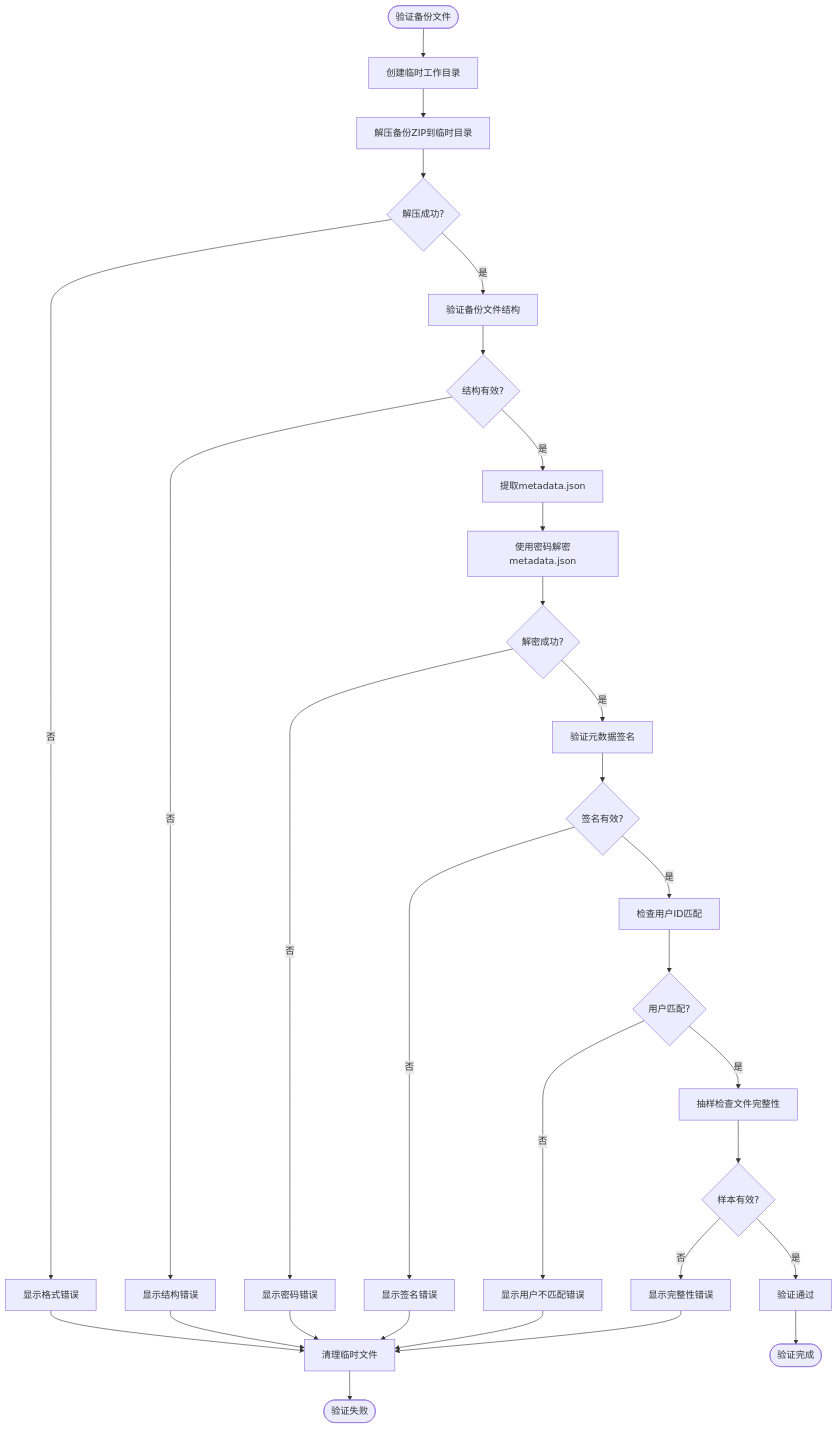
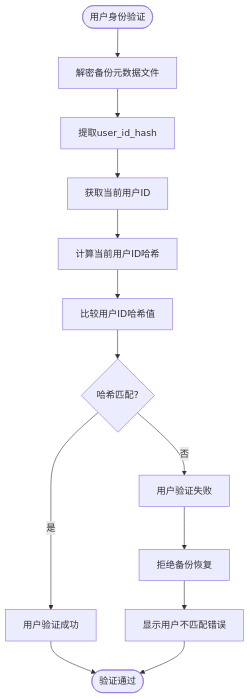
Before and after one commit to yingjianzh/iodraw-files: the diagram in all/未命名-53.md, drawn with Mermaid.

Commit message:
2025-05-09 16:43:49 update

````diff
--- a/all/未命名-53.md
+++ b/all/未命名-53.md
@@ -1,41 +1,19 @@
 ```mermaid
 flowchart TD
-    Start([验证备份文件]) --> CreateTempDir[创建临时工作目录]
-    CreateTempDir --> ExtractZip[解压备份ZIP到临时目录]
+    Start([用户身份验证]) --> DecryptMetadata[解密备份元数据文件]
+    DecryptMetadata --> ExtractUserHash[提取user_id_hash]
+    ExtractUserHash --> GetCurrentUser[获取当前用户ID]
     
-    ExtractZip --> ExtractSuccess{解压成功?}
-    ExtractSuccess -->|否| ShowFormatError[显示格式错误]
-    ExtractSuccess -->|是| ValidateStructure[验证备份文件结构]
+    GetCurrentUser --> HashCurrentUser[计算当前用户ID哈希]
+    HashCurrentUser --> CompareHashes[比较用户ID哈希值]
     
-    ValidateStructure --> StructureValid{结构有效?}
-    StructureValid -->|否| ShowStructureError[显示结构错误]
-    StructureValid -->|是| ExtractMetadata[提取metadata.json]
+    CompareHashes --> HashMatch{哈希匹配?}
+    HashMatch -->|是| VerifySuccess[用户验证成功]
+    HashMatch -->|否| VerifyFailure[用户验证失败]
     
-    ExtractMetadata --> DecryptMetadata[使用密码解密metadata.json]
-    DecryptMetadata --> DecryptSuccess{解密成功?}
-    DecryptSuccess -->|否| ShowPasswordError[显示密码错误]
-    DecryptSuccess -->|是| ValidateSignature[验证元数据签名]
+    VerifySuccess --> End([验证通过])
+    VerifyFailure --> RejectBackup[拒绝备份恢复]
+    RejectBackup --> ShowUserError[显示用户不匹配错误]
     
-    ValidateSignature --> SignatureValid{签名有效?}
-    SignatureValid -->|否| ShowSignatureError[显示签名错误]
-    SignatureValid -->|是| CheckUserMatch[检查用户ID匹配]
-    
-    CheckUserMatch --> UserMatch{用户匹配?}
-    UserMatch -->|否| ShowUserError[显示用户不匹配错误]
-    UserMatch -->|是| SampleFileCheck[抽样检查文件完整性]
-    
-    SampleFileCheck --> SamplesValid{样本有效?}
-    SamplesValid -->|否| ShowIntegrityError[显示完整性错误]
-    SamplesValid -->|是| ValidationSuccess[验证通过]
-    
-    ValidationSuccess --> End([验证完成])
-    
-    ShowFormatError --> CleanupTemp[清理临时文件]
-    ShowPasswordError --> CleanupTemp
-    ShowStructureError --> CleanupTemp
-    ShowSignatureError --> CleanupTemp
-    ShowUserError --> CleanupTemp
-    ShowIntegrityError --> CleanupTemp
-    
-    CleanupTemp --> EndWithError([验证失败])
+    ShowUserError --> End
 ```
````
